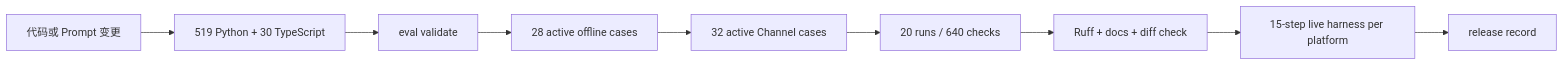
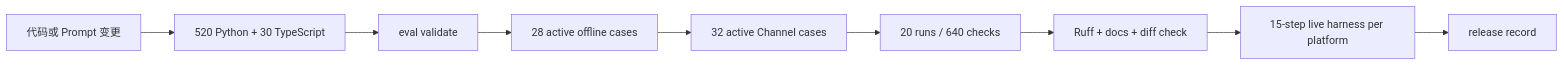
One commit to NEDONION/lobster0 changed the diagram in docs/evals/README.md. Above: the diagram before and after it, drawn with Mermaid. The commit also changed other lines of this file and 37 other files, not shown here.

Commit message:
docs(roadmap): 对齐 OpenClaw 与 Hermes 能力差距

````diff
--- a/docs/evals/README.md
+++ b/docs/evals/README.md
@@ -18,11 +18,11 @@
 ```mermaid
 flowchart LR
-    CHANGE["代码或 Prompt 变更"] --> UNIT["519 Python + 30 TypeScript"]
+    CHANGE["代码或 Prompt 变更"] --> UNIT["520 Python + 30 TypeScript"]
     UNIT --> VALIDATE["eval validate"]
     VALIDATE --> OFFLINE["28 active offline cases"]
     OFFLINE --> CHANNEL["32 active Channel cases"]
     CHANNEL --> SOAK["20 runs / 640 checks"]
     SOAK --> RUFF["Ruff + docs + diff check"]
     RUFF --> LIVE["15-step live harness per platform"]
     LIVE --> RECORD["release record"]
 ```
````
